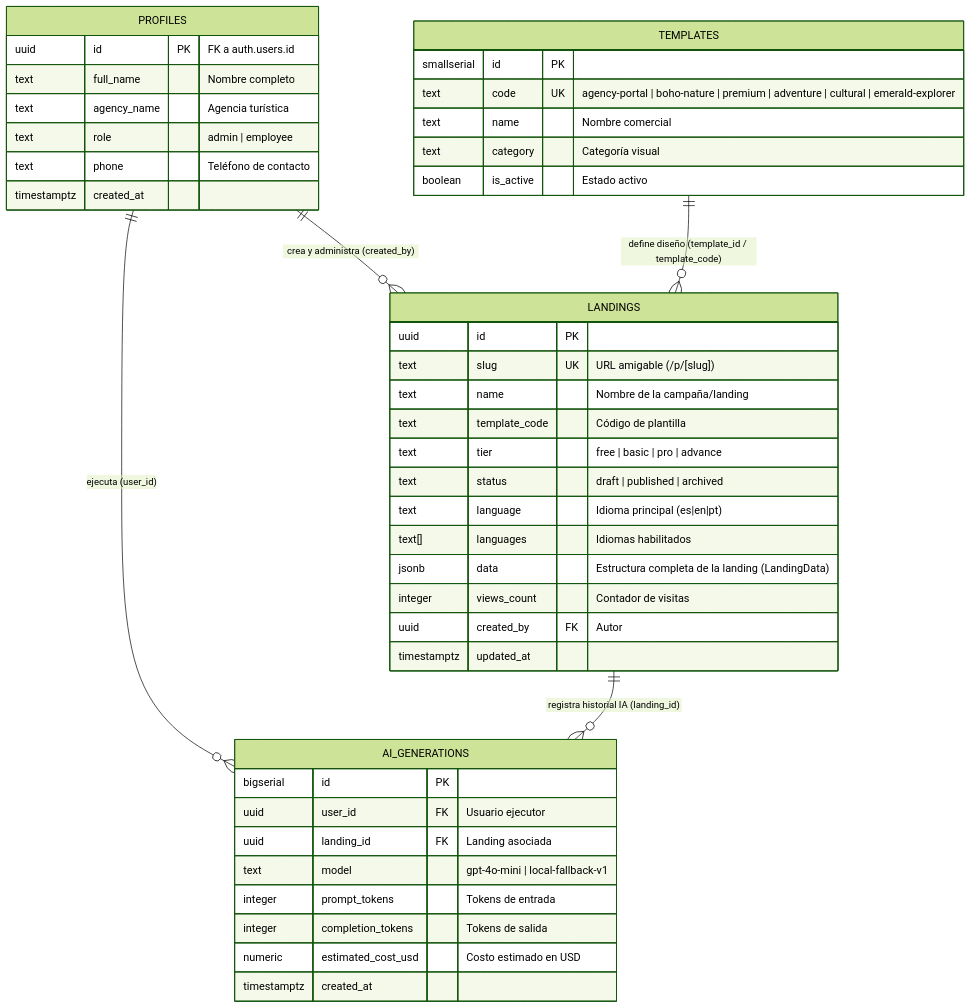
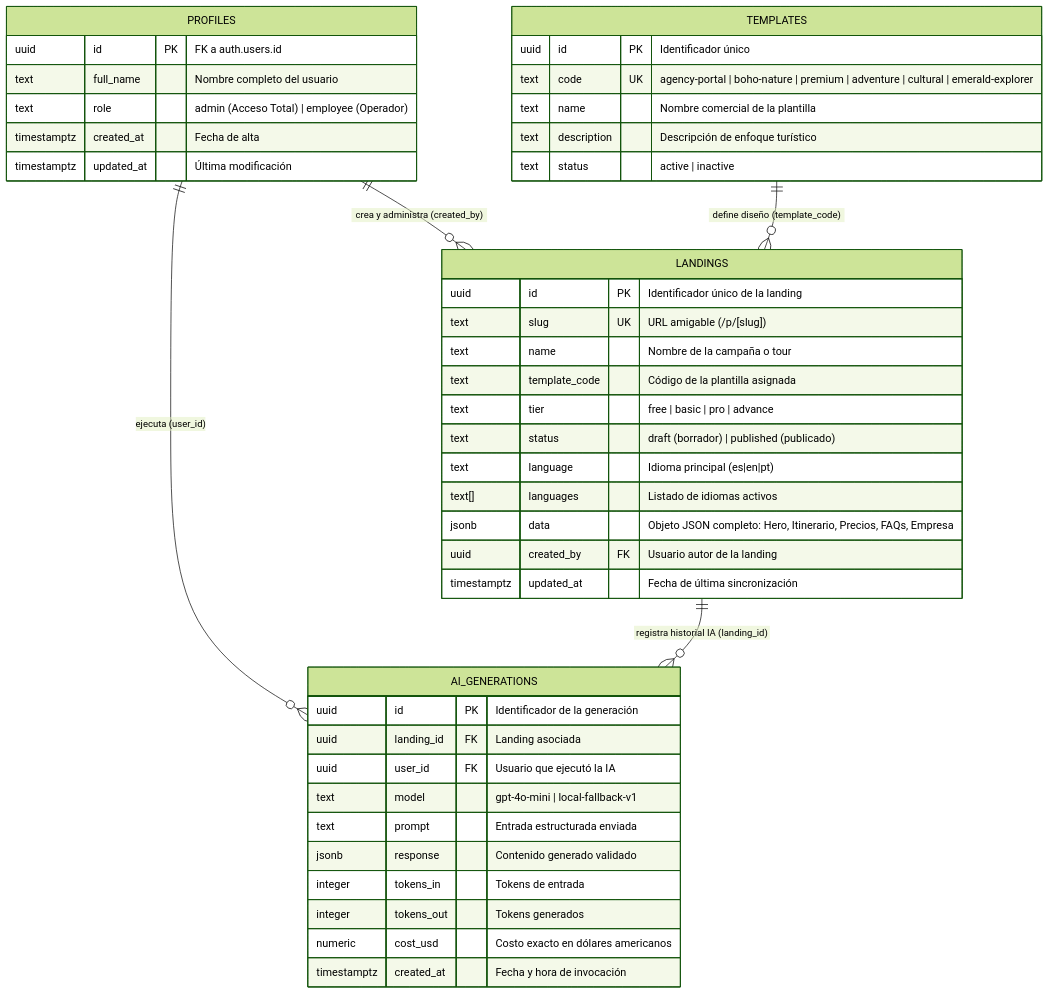
The third of 7 diagrams in docs/documentacion_tesis.md (erikvlad1111-ctrl/Generador-de-Landingpages), drawn with Mermaid (forest theme) before and after one commit. The commit also changed other lines of this file and 1 other file, not shown here.

Commit message:
docs(tesis): enriquecer documentacion con mapas de flujo, diagramas mermaid y graficos comparativos

````diff
--- a/docs/documentacion_tesis.md
+++ b/docs/documentacion_tesis.md
@@ -56,50 +95,50 @@
 ```mermaid
 erDiagram
     PROFILES ||--o{ LANDINGS : "crea y administra (created_by)"
     PROFILES ||--o{ AI_GENERATIONS : "ejecuta (user_id)"
-    TEMPLATES ||--o{ LANDINGS : "define diseño (template_id / template_code)"
+    TEMPLATES ||--o{ LANDINGS : "define diseño (template_code)"
     LANDINGS ||--o{ AI_GENERATIONS : "registra historial IA (landing_id)"
 
     PROFILES {
         uuid id PK "FK a auth.users.id"
-        text full_name "Nombre completo"
-        text agency_name "Agencia turística"
-        text role "admin | employee"
-        text phone "Teléfono de contacto"
-        timestamptz created_at
+        text full_name "Nombre completo del usuario"
+        text role "admin (Acceso Total) | employee (Operador)"
+        timestamptz created_at "Fecha de alta"
+        timestamptz updated_at "Última modificación"
     }
 
     TEMPLATES {
-        smallserial id PK
+        uuid id PK "Identificador único"
         text code UK "agency-portal | boho-nature | premium | adventure | cultural | emerald-explorer"
-        text name "Nombre comercial"
-        text category "Categoría visual"
-        boolean is_active "Estado activo"
+        text name "Nombre comercial de la plantilla"
+        text description "Descripción de enfoque turístico"
+        text status "active | inactive"
     }
 
     LANDINGS {
-        uuid id PK
+        uuid id PK "Identificador único de la landing"
         text slug UK "URL amigable (/p/[slug])"
-        text name "Nombre de la campaña/landing"
-        text template_code "Código de plantilla"
+        text name "Nombre de la campaña o tour"
+        text template_code "Código de la plantilla asignada"
         text tier "free | basic | pro | advance"
-        text status "draft | published | archived"
+        text status "draft (borrador) | published (publicado)"
         text language "Idioma principal (es|en|pt)"
-        text[] languages "Idiomas habilitados"
-        jsonb data "Estructura completa de la landing (LandingData)"
-        integer views_count "Contador de visitas"
-        uuid created_by FK "Autor"
-        timestamptz updated_at
+        text[] languages "Listado de idiomas activos"
+        jsonb data "Objeto JSON completo: Hero, Itinerario, Precios, FAQs, Empresa"
+        uuid created_by FK "Usuario autor de la landing"
+        timestamptz updated_at "Fecha de última sincronización"
     }
 
     AI_GENERATIONS {
-        bigserial id PK
-        uuid user_id FK "Usuario ejecutor"
+        uuid id PK "Identificador de la generación"
         uuid landing_id FK "Landing asociada"
+        uuid user_id FK "Usuario que ejecutó la IA"
         text model "gpt-4o-mini | local-fallback-v1"
-        integer prompt_tokens "Tokens de entrada"
-        integer completion_tokens "Tokens de salida"
-        numeric estimated_cost_usd "Costo estimado en USD"
-        timestamptz created_at
+        text prompt "Entrada estructurada enviada"
+        jsonb response "Contenido generado validado"
+        integer tokens_in "Tokens de entrada"
+        integer tokens_out "Tokens generados"
+        numeric cost_usd "Costo exacto en dólares americanos"
+        timestamptz created_at "Fecha y hora de invocación"
     }
 ```
````
